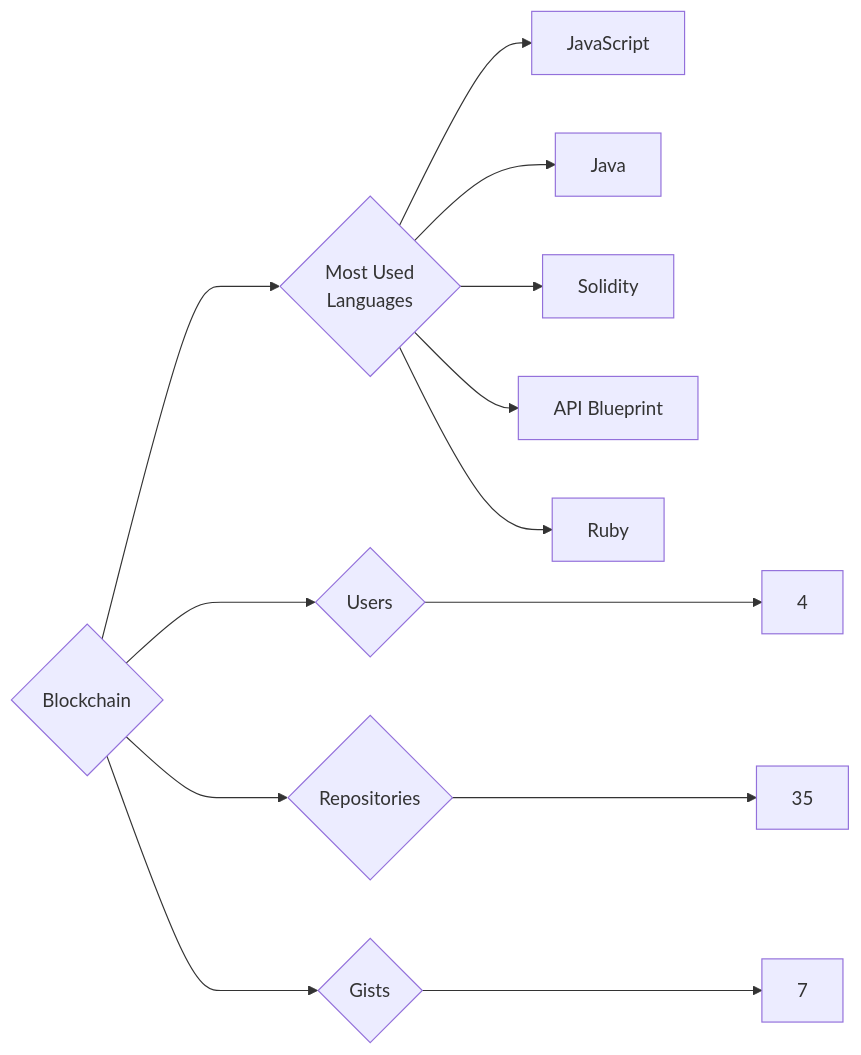
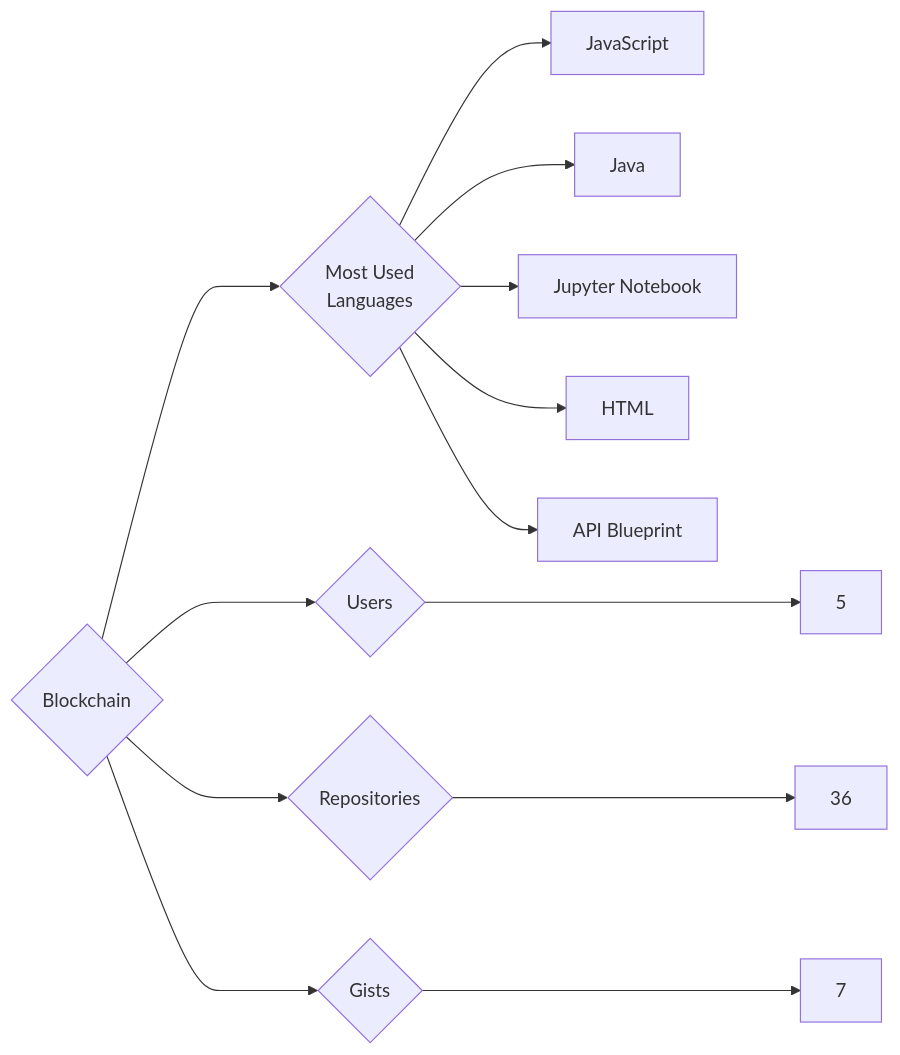
One commit to trickest/insiders changed the diagram in targets/Blockchain/README.md. Above: the diagram before and after it, drawn with Mermaid. The commit also changed 1055 other files, not shown here.

````diff
--- a/targets/Blockchain/README.md
+++ b/targets/Blockchain/README.md
@@ -3,13 +3,13 @@
 ```mermaid
 graph LR
 COMPANY_NAME{Blockchain}
-COMPANY_NAME ---> U{Users} ---> UN[4]
-COMPANY_NAME ---> R{Repositories} ---> RN[35]
+COMPANY_NAME ---> U{Users} ---> UN[5]
+COMPANY_NAME ---> R{Repositories} ---> RN[36]
 COMPANY_NAME ---> G{Gists} ---> GN[7]
 COMPANY_NAME ---> ML{Most Used<br>Languages}
 ML --> JavaScript[JavaScript]
 ML --> Java[Java]
-ML --> Solidity[Solidity]
+ML --> Jupyter_Notebook[Jupyter Notebook]
+ML --> HTML[HTML]
 ML --> API_Blueprint[API Blueprint]
-ML --> Ruby[Ruby]
 ```
````
